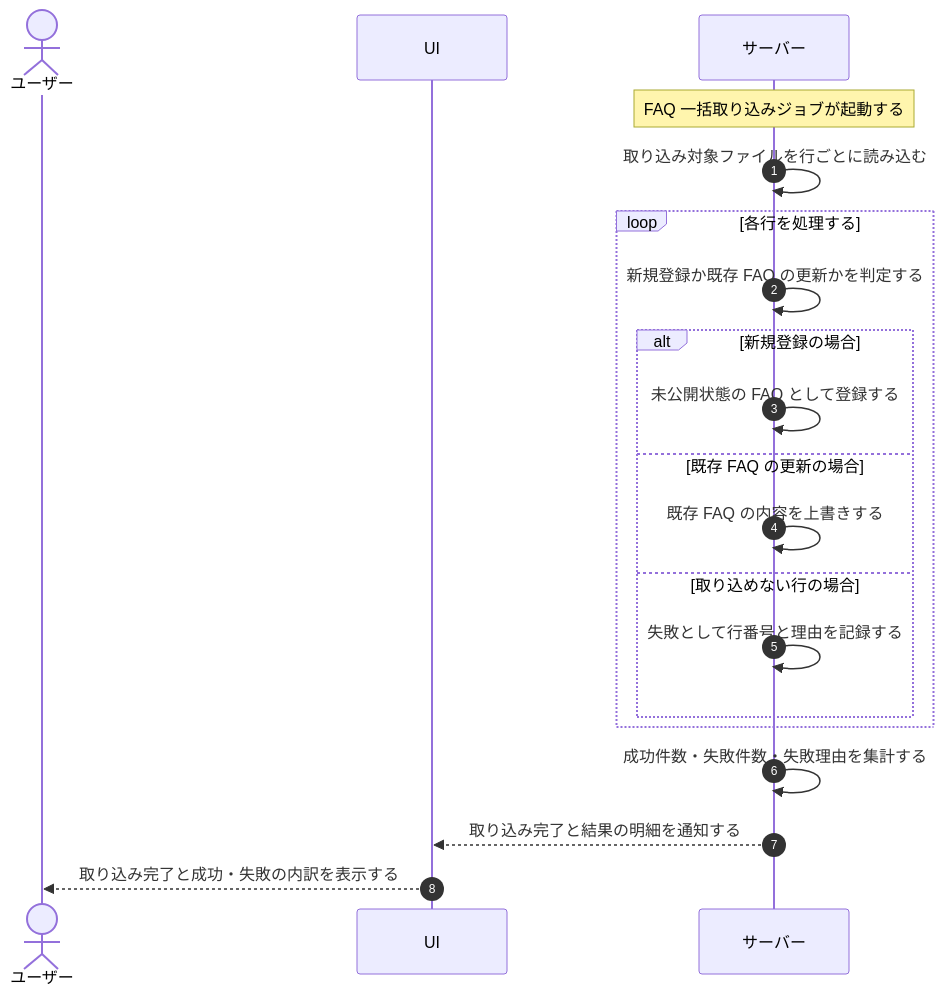
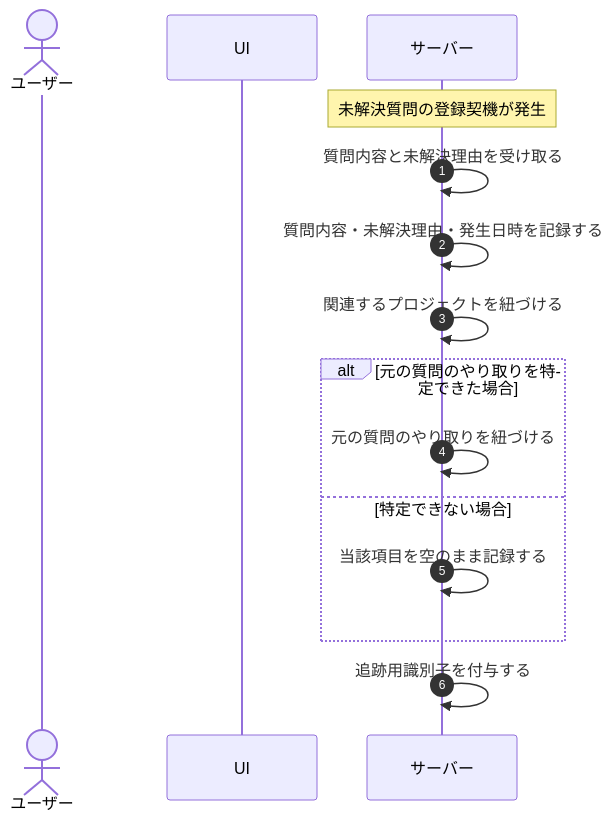
One commit to sikakou54/open-faq changed the diagram in 01_requirements/04_business_usecases/UC-050.md. Above: the diagram before and after it, drawn with Mermaid. The commit also changed other lines of this file and 395 other files, not shown here.

````diff
--- a/01_requirements/04_business_usecases/UC-050.md
+++ b/01_requirements/04_business_usecases/UC-050.md
@@ -27,22 +26,20 @@
 ```mermaid
 sequenceDiagram
   autonumber
   actor U as ユーザー
   participant UI as UI
   participant S as サーバー
-  Note over S: FAQ 一括取り込みジョブが起動する
-  S->>S: 取り込み対象ファイルを行ごとに読み込む
-  loop 各行を処理する
-    S->>S: 新規登録か既存 FAQ の更新かを判定する
-    alt 新規登録の場合
-      S->>S: 未公開状態の FAQ として登録する
-    else 既存 FAQ の更新の場合
-      S->>S: 既存 FAQ の内容を上書きする
-    else 取り込めない行の場合
-      S->>S: 失敗として行番号と理由を記録する
-    end
+
+  Note over S: 未解決質問の登録契機が発生
+  S->>S: 質問内容と未解決理由を受け取る
+  S->>S: 質問内容・未解決理由・発生日時を記録する
+  S->>S: 関連するプロジェクトを紐づける
+
+  alt 元の質問のやり取りを特定できた場合
+    S->>S: 元の質問のやり取りを紐づける
+  else 特定できない場合
+    S->>S: 当該項目を空のまま記録する
   end
-  S->>S: 成功件数・失敗件数・失敗理由を集計する
-  S-->>UI: 取り込み完了と結果の明細を通知する
-  UI-->>U: 取り込み完了と成功・失敗の内訳を表示する
+
+  S->>S: 追跡用識別子を付与する
 ```
````
